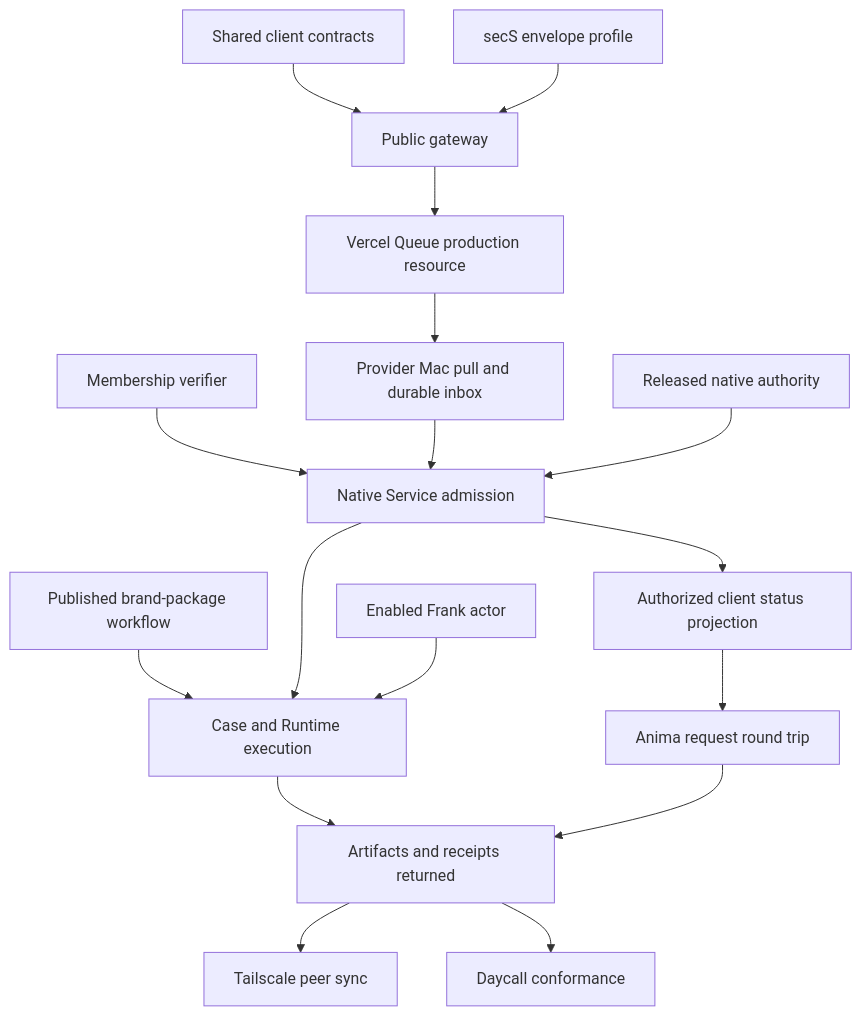
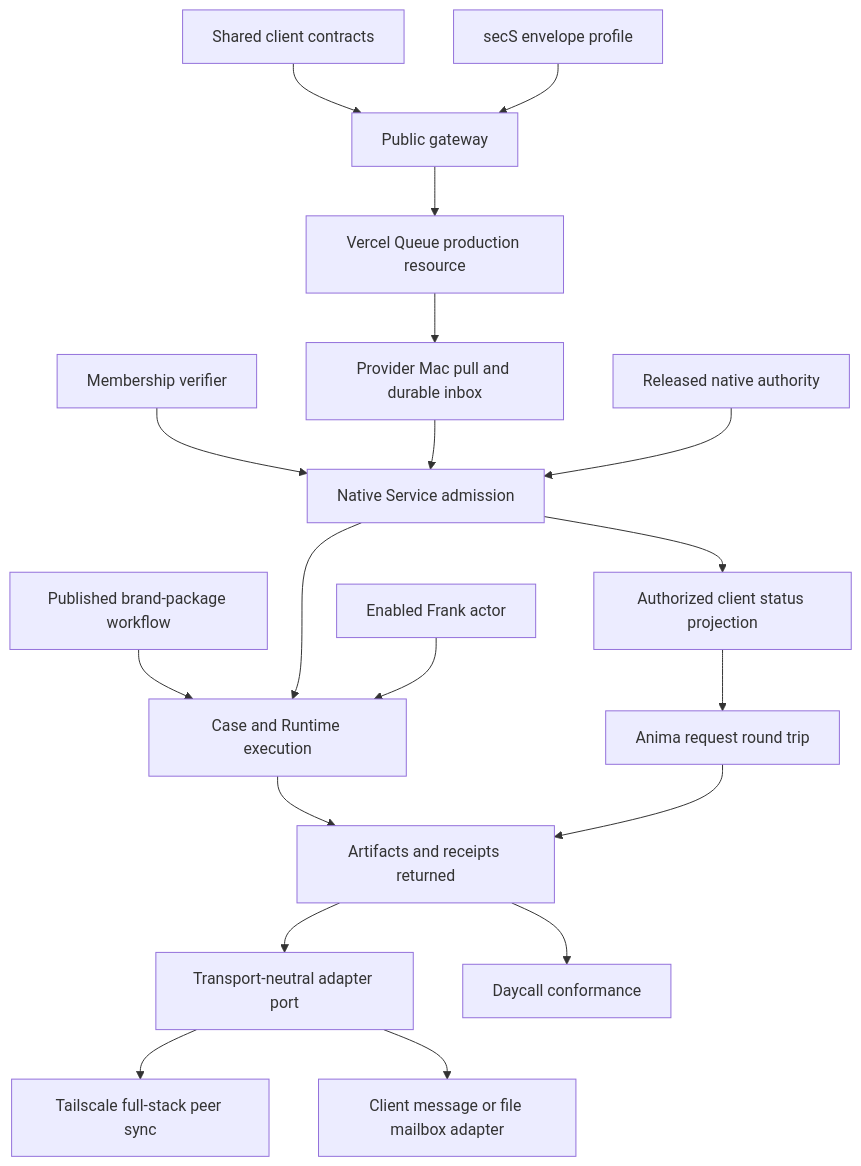
One commit to ZenithResearch/zenith-hub-lightweight changed the diagram in docs/plans/2026-10-21-zenith-application-substrate-v1.md. Above: the diagram before and after it, drawn with Mermaid. The commit also changed other lines of this file and 1 other file, not shown here.

Commit message:
docs: separate peer sync from client adapters

````diff
--- a/docs/plans/2026-10-21-zenith-application-substrate-v1.md
+++ b/docs/plans/2026-10-21-zenith-application-substrate-v1.md
@@ -216,19 +245,21 @@
 ```mermaid
 flowchart TD
     C[Shared client contracts] --> G[Public gateway]
     S[secS envelope profile] --> G
     G --> Q[Vercel Queue production resource]
     Q --> P[Provider Mac pull and durable inbox]
     M[Membership verifier] --> A[Native Service admission]
     P --> A
     N[Released native authority] --> A
     A --> R[Authorized client status projection]
     R --> F[Anima request round trip]
     W[Published brand-package workflow] --> E[Case and Runtime execution]
     A --> E
     X[Enabled Frank actor] --> E
     E --> D[Artifacts and receipts returned]
     F --> D
-    D --> T[Tailscale peer sync]
+    D --> Z[Transport-neutral adapter port]
+    Z --> T[Tailscale full-stack peer sync]
+    Z --> B[Client message or file mailbox adapter]
     D --> Y[Daycall conformance]
 ```
````
